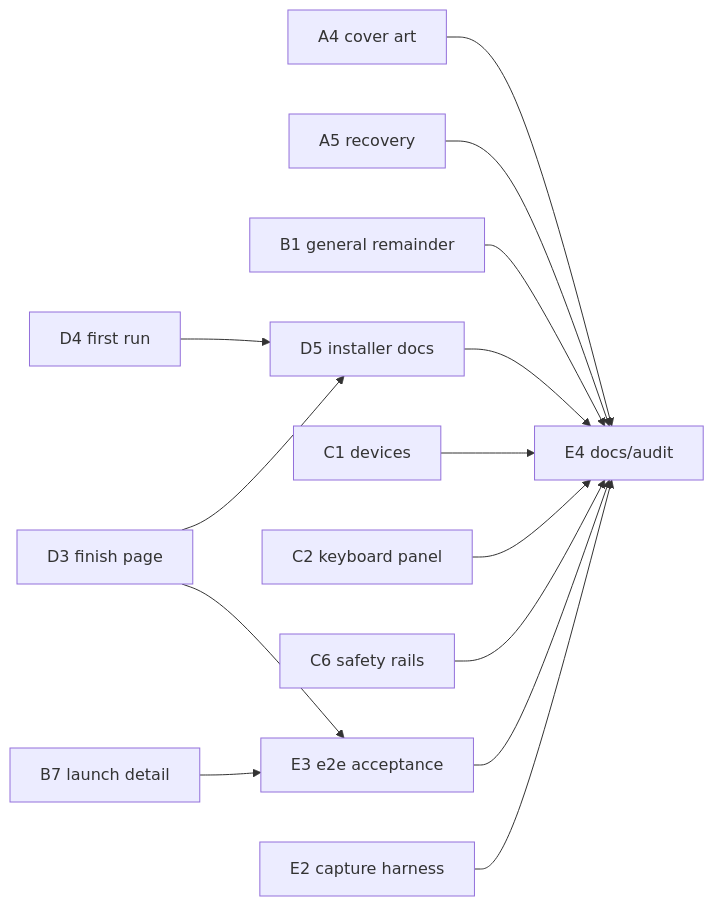
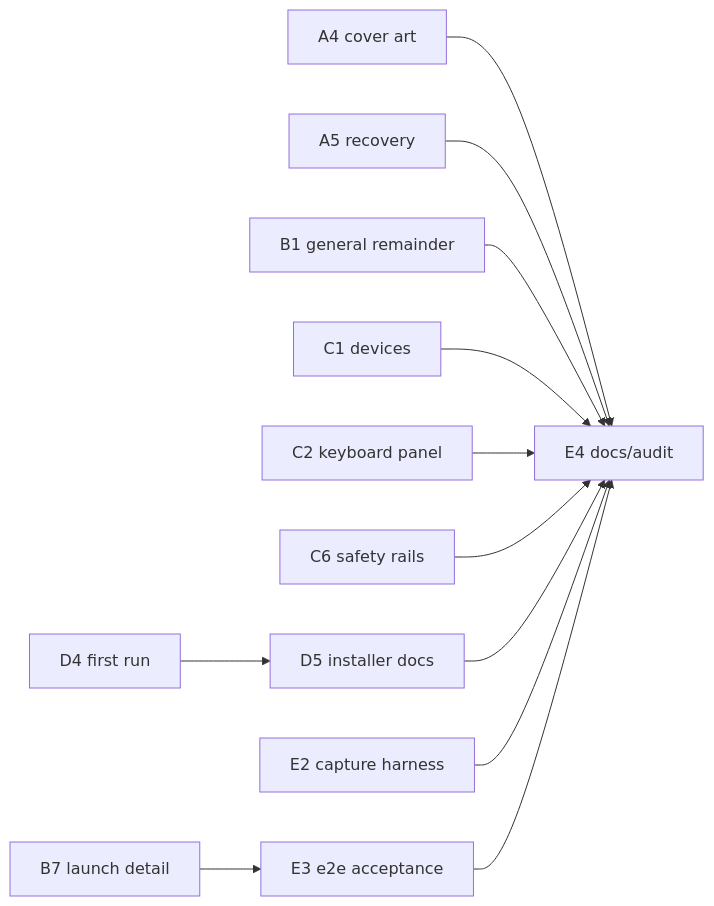
Before and after one commit to gabrielofavero/rb-blitz-xenon-recomp: the diagram in docs/plans/launcher-plan.md, drawn with Mermaid. The commit also changed other lines of this file and 2 other files, not shown here.

First line of the commit message:
Implement D3: the installer's three-way finish page

````diff
--- a/docs/plans/launcher-plan.md
+++ b/docs/plans/launcher-plan.md
@@ -1124,23 +1111,21 @@
 ```mermaid
 graph LR
   A4[A4 cover art]
   A5[A5 recovery]
   B1[B1 general remainder]
   B7[B7 launch detail] --> E3[E3 e2e acceptance]
   C1[C1 devices]
   C2[C2 keyboard panel]
   C6[C6 safety rails]
   D5[D5 installer docs]
-  D3[D3 finish page] --> D5
   D4[D4 first run] --> D5
-  D3 --> E3
   A4 --> E4[E4 docs/audit]
   A5 --> E4
   B1 --> E4
   C1 --> E4
   C2 --> E4
   C6 --> E4
   D5 --> E4
   E2[E2 capture harness] --> E4
   E3 --> E4
 ```
````
